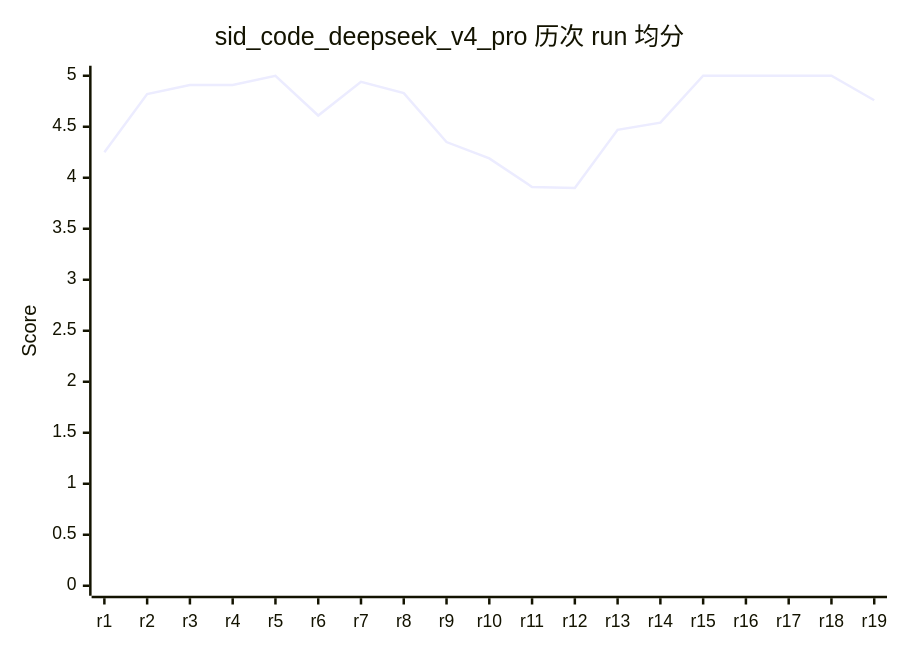
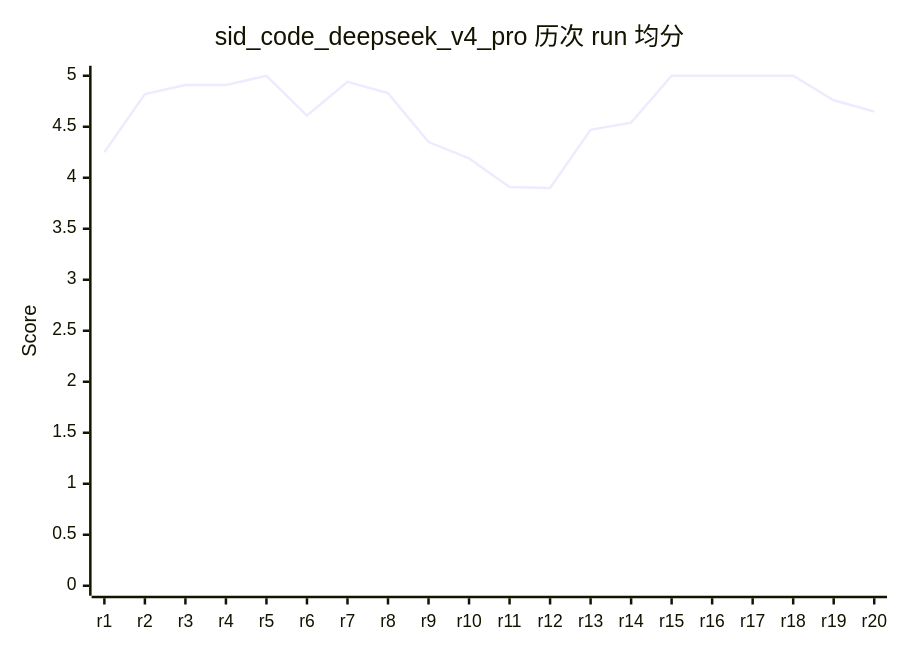
The seventh of 58 diagrams in evals/DASHBOARD.md (rushengzhou/sid-code), drawn with Mermaid before and after one commit. The commit also changed other lines of this file and 108 other files, not shown here.

````diff
--- a/evals/DASHBOARD.md
+++ b/evals/DASHBOARD.md
@@ -227,7 +228,7 @@
 ```mermaid
 xychart-beta
     title "sid_code_deepseek_v4_pro 历次 run 均分"
-    x-axis [r1, r2, r3, r4, r5, r6, r7, r8, r9, r10, r11, r12, r13, r14, r15, r16, r17, r18, r19]
+    x-axis [r1, r2, r3, r4, r5, r6, r7, r8, r9, r10, r11, r12, r13, r14, r15, r16, r17, r18, r19, r20]
     y-axis "Score" 0 --> 5
-    line [4.25, 4.82, 4.91, 4.91, 5.00, 4.61, 4.94, 4.83, 4.35, 4.19, 3.91, 3.90, 4.47, 4.54, 5.00, 5.00, 5.00, 5.00, 4.76]
+    line [4.25, 4.82, 4.91, 4.91, 5.00, 4.61, 4.94, 4.83, 4.35, 4.19, 3.91, 3.90, 4.47, 4.54, 5.00, 5.00, 5.00, 5.00, 4.76, 4.65]
 ```
````
